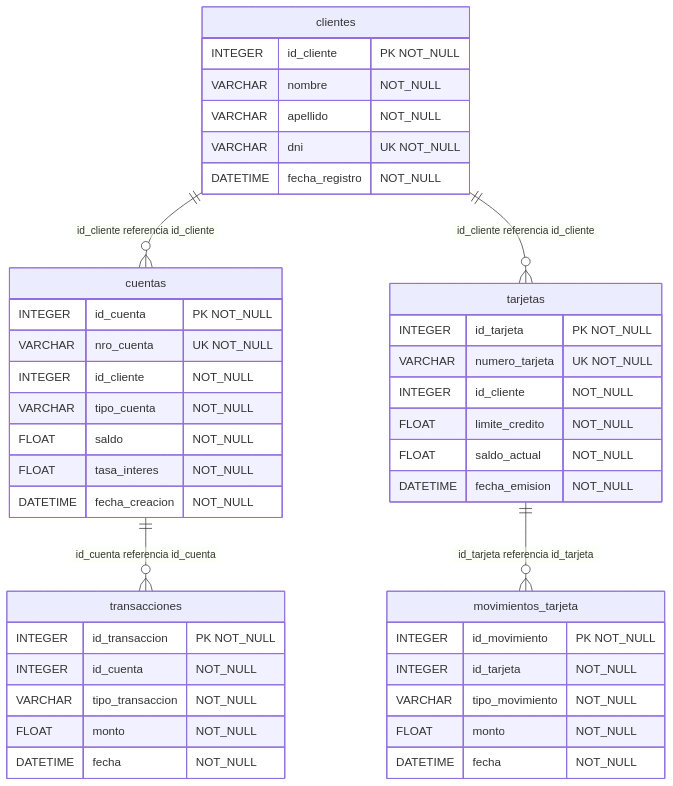
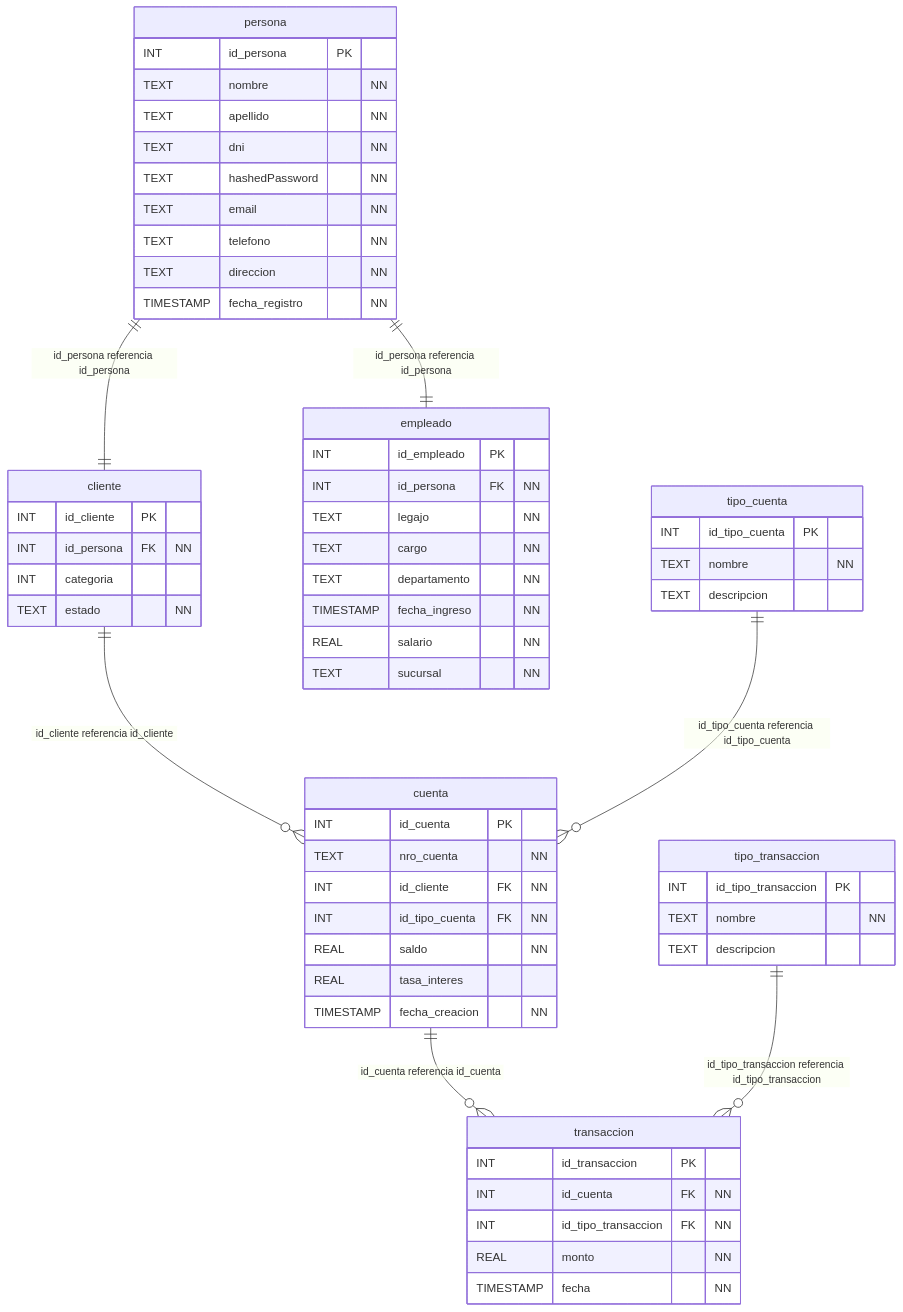
One commit to mevaktecno-vane/sistema_bancario changed the diagram in docs/diagrama_entidad_relacion.mmd. Above: the diagram before and after it, drawn with Mermaid. The commit also changed 37 other files, not shown here.

```diff
--- a/docs/diagrama_entidad_relacion.mmd
+++ b/docs/diagrama_entidad_relacion.mmd
@@ -1,43 +1,67 @@
 erDiagram
-    clientes {
-        INTEGER id_cliente "PK NOT_NULL"
-        VARCHAR nombre "NOT_NULL"
-        VARCHAR apellido "NOT_NULL"
-        VARCHAR dni "UK NOT_NULL"
-        DATETIME fecha_registro "NOT_NULL"
+    persona {
+        INT id_persona PK
+        TEXT nombre "NN"
+        TEXT apellido "NN"
+        TEXT dni "NN"
+        TEXT hashedPassword "NN"
+        TEXT email "NN"
+        TEXT telefono "NN"
+        TEXT direccion "NN"
+        TIMESTAMP fecha_registro "NN"
     }
-    cuentas {
-        INTEGER id_cuenta "PK NOT_NULL"
-        VARCHAR nro_cuenta "UK NOT_NULL"
-        INTEGER id_cliente "NOT_NULL"
-        VARCHAR tipo_cuenta "NOT_NULL"
-        FLOAT saldo "NOT_NULL"
-        FLOAT tasa_interes "NOT_NULL"
-        DATETIME fecha_creacion "NOT_NULL"
+
+    cliente {
+        INT id_cliente PK
+        INT id_persona FK "NN"
+        INT categoria
+        TEXT estado "NN"
     }
-    tarjetas {
-        INTEGER id_tarjeta "PK NOT_NULL"
-        VARCHAR numero_tarjeta "UK NOT_NULL"
-        INTEGER id_cliente "NOT_NULL"
-        FLOAT limite_credito "NOT_NULL"
-        FLOAT saldo_actual "NOT_NULL"
-        DATETIME fecha_emision "NOT_NULL"
+
+    empleado {
+        INT id_empleado PK
+        INT id_persona FK "NN"
+        TEXT legajo "NN"
+        TEXT cargo "NN"
+        TEXT departamento "NN"
+        TIMESTAMP fecha_ingreso "NN"
+        REAL salario "NN"
+        TEXT sucursal "NN"
     }
-    movimientos_tarjeta {
-        INTEGER id_movimiento "PK NOT_NULL"
-        INTEGER id_tarjeta "NOT_NULL"
-        VARCHAR tipo_movimiento "NOT_NULL"
-        FLOAT monto "NOT_NULL"
-        DATETIME fecha "NOT_NULL"
+
+    cuenta {
+        INT id_cuenta PK
+        TEXT nro_cuenta "NN"
+        INT id_cliente FK "NN"
+        INT id_tipo_cuenta FK "NN"
+        REAL saldo "NN"
+        REAL tasa_interes
+        TIMESTAMP fecha_creacion "NN"
     }
-    transacciones {
-        INTEGER id_transaccion "PK NOT_NULL"
-        INTEGER id_cuenta "NOT_NULL"
-        VARCHAR tipo_transaccion "NOT_NULL"
-        FLOAT monto "NOT_NULL"
-        DATETIME fecha "NOT_NULL"
+
+    tipo_cuenta {
+        INT id_tipo_cuenta PK
+        TEXT nombre "NN"
+        TEXT descripcion
     }
-    clientes ||--o{ cuentas : "id_cliente referencia id_cliente"
-    clientes ||--o{ tarjetas : "id_cliente referencia id_cliente"
-    tarjetas ||--o{ movimientos_tarjeta : "id_tarjeta referencia id_tarjeta"
-    cuentas ||--o{ transacciones : "id_cuenta referencia id_cuenta"
+
+    transaccion {
+        INT id_transaccion PK
+        INT id_cuenta FK "NN"
+        INT id_tipo_transaccion FK "NN"
+        REAL monto "NN"
+        TIMESTAMP fecha "NN"
+    }
+
+    tipo_transaccion {
+        INT id_tipo_transaccion PK
+        TEXT nombre "NN"
+        TEXT descripcion
+    }
+
+    persona ||--|| cliente : "id_persona referencia id_persona"
+    persona ||--|| empleado : "id_persona referencia id_persona"
+    cliente ||--o{ cuenta : "id_cliente referencia id_cliente"
+    tipo_cuenta ||--o{ cuenta : "id_tipo_cuenta referencia id_tipo_cuenta"
+    cuenta ||--o{ transaccion : "id_cuenta referencia id_cuenta"
+    tipo_transaccion ||--o{ transaccion : "id_tipo_transaccion referencia id_tipo_transaccion"
```
